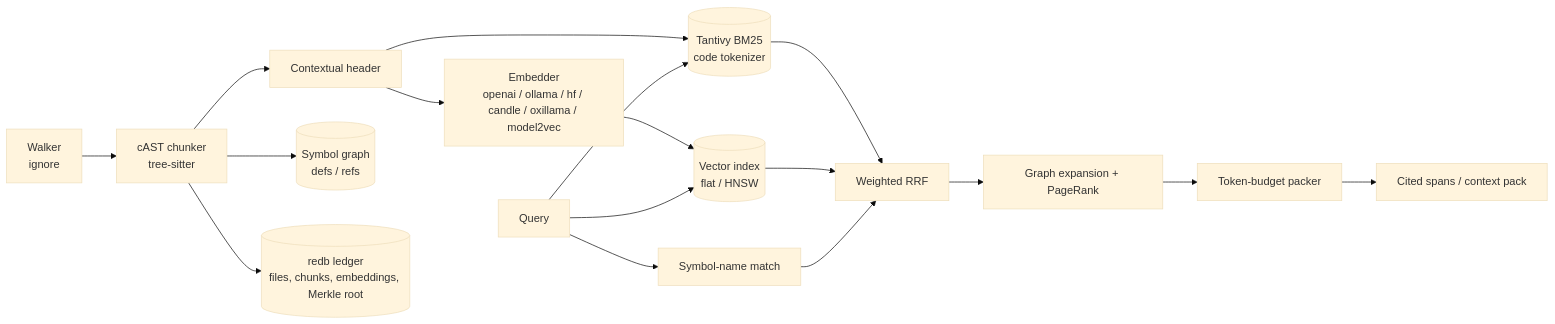
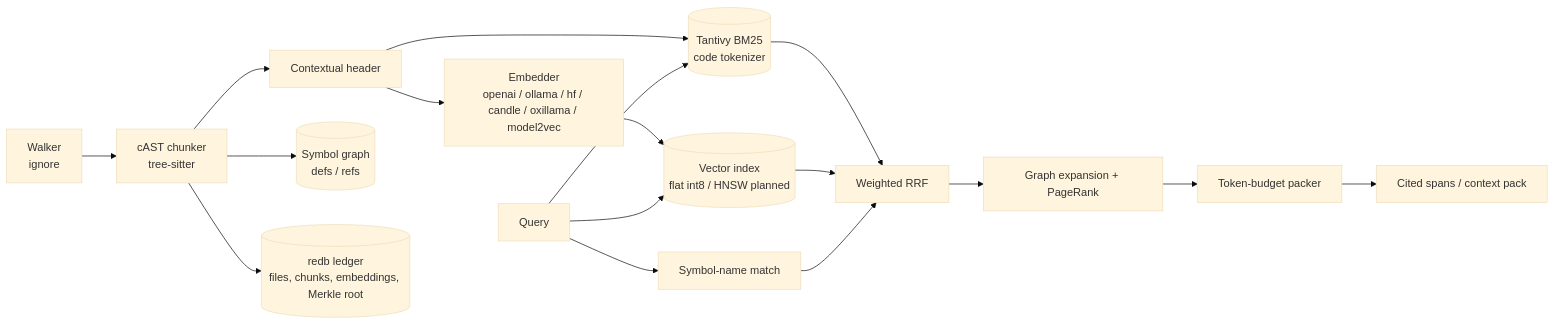
Before and after one commit to yasuomaidana/dendrite-rag-rs: the diagram in docs/ARCHITECTURE.md, drawn with Mermaid (base theme). The commit also changed other lines of this file and 1 other file, not shown here.

Commit message:
[DRAG-24] docs: drop the removed Go fallback and hnsw_rs from ARCHITECTURE and the retrieval spec; vectors are flat int8, HNSW is planned (DRAG-37)

````diff
--- a/docs/ARCHITECTURE.md
+++ b/docs/ARCHITECTURE.md
@@ -9,15 +9,15 @@
 ```mermaid
 flowchart LR
     W[Walker<br/>ignore] --> C[cAST chunker<br/>tree-sitter]
     C --> H[Contextual header]
     H --> L[(Tantivy BM25<br/>code tokenizer)]
     H --> E[Embedder<br/>openai / ollama / hf / candle / oxillama / model2vec]
-    E --> V[(Vector index<br/>flat / HNSW)]
+    E --> V[(Vector index<br/>flat int8 / HNSW planned)]
     C --> G[(Symbol graph<br/>defs / refs)]
     C --> R[(redb ledger<br/>files, chunks, embeddings, Merkle root)]
     Q[Query] --> L & V & S[Symbol-name match]
     L & V & S --> F[Weighted RRF]
     F --> X[Graph expansion + PageRank]
     X --> P[Token-budget packer]
     P --> O[Cited spans / context pack]
 ```
````
